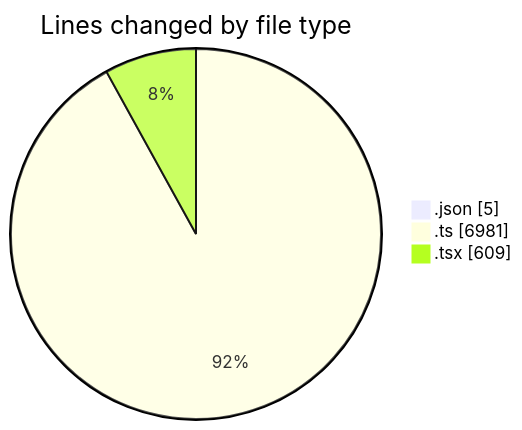
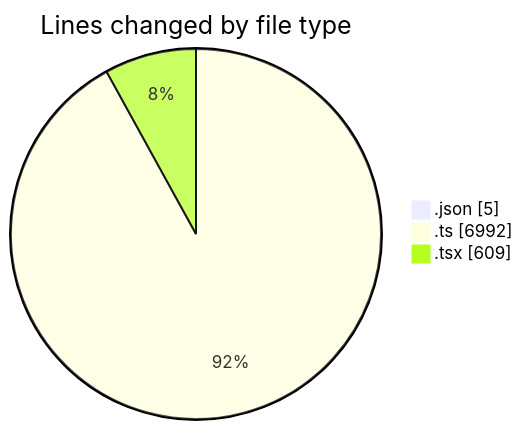
The first of 2 diagrams in 2025-05-09/ecodeli/README.md (CELIANVF/code-tracking), drawn with Mermaid before and after one commit. The commit also changed other lines of this file and 1 other file, not shown here.

````diff
--- a/2025-05-09/ecodeli/README.md
+++ b/2025-05-09/ecodeli/README.md
@@ -29,7 +29,7 @@
 ```mermaid
 pie showData
 title Lines changed by file type
 ".json" : 5
-".ts" : 6981
+".ts" : 6992
 ".tsx" : 609
 ```
````
